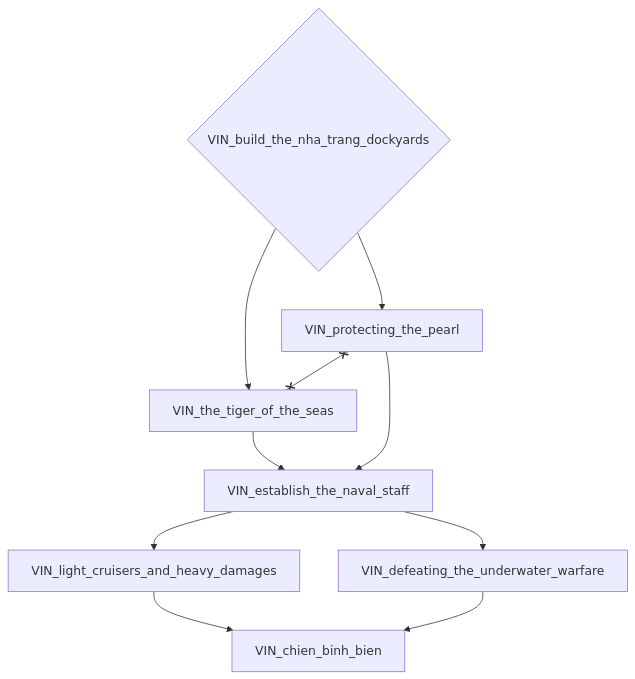
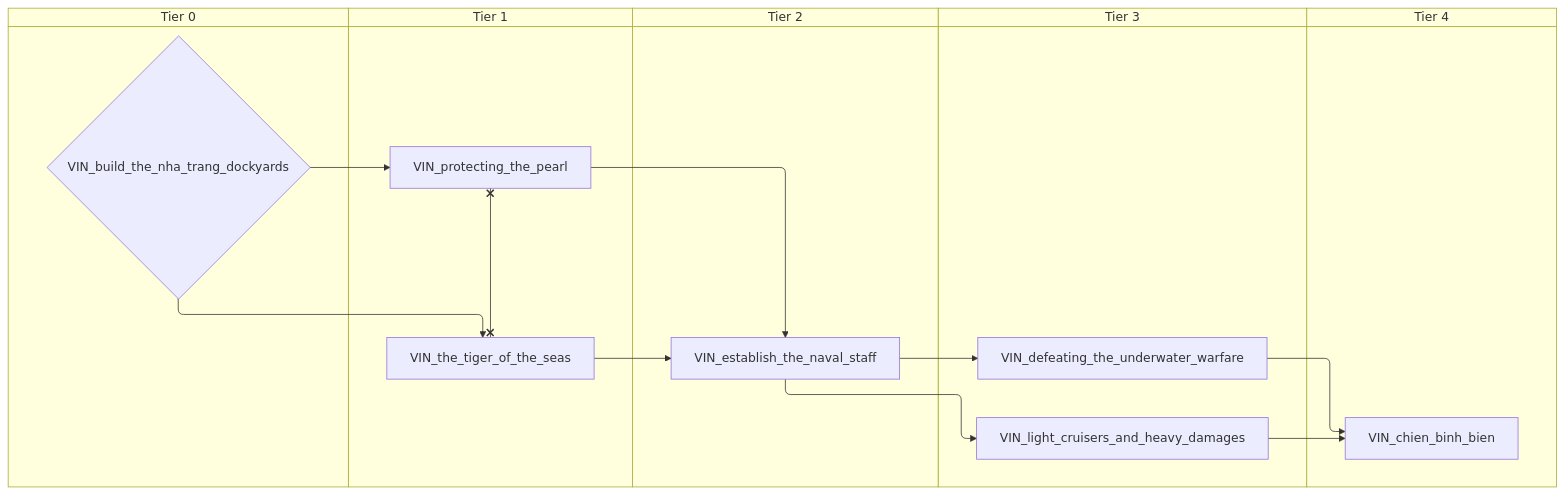
Before and after one commit to evgeny-sobol/hoi4-sandbox-mode-r56: the first of 8 diagrams in docs/gdd/National Focuses/Vietnam.md, drawn with Mermaid. The commit also changed other lines of this file and 423 other files, not shown here.

First line of the commit message:
Re-export Rt56 focus trees as swimlane diagrams

````diff
--- a/docs/gdd/National Focuses/Vietnam.md
+++ b/docs/gdd/National Focuses/Vietnam.md
@@ -3,19 +3,29 @@
 ```mermaid
-flowchart TD
-    n1{"VIN_build_the_nha_trang_dockyards"}
-    n2["VIN_chien_binh_bien"]
-    n3["VIN_defeating_the_underwater_warfare"]
-    n4["VIN_establish_the_naval_staff"]
-    n5["VIN_light_cruisers_and_heavy_damages"]
-    n6["VIN_protecting_the_pearl"]
-    n7["VIN_the_tiger_of_the_seas"]
-    n5 --> n2
-    n3 --> n2
-    n4 --> n3
-    n7 --> n4
-    n6 --> n4
+swimlane-beta TD
+    subgraph tier_0["Tier 0"]
+        n1{"VIN_build_the_nha_trang_dockyards"}
+    end
+    subgraph tier_1["Tier 1"]
+        n2["VIN_protecting_the_pearl"]
+        n3["VIN_the_tiger_of_the_seas"]
+    end
+    subgraph tier_2["Tier 2"]
+        n4["VIN_establish_the_naval_staff"]
+    end
+    subgraph tier_3["Tier 3"]
+        n5["VIN_defeating_the_underwater_warfare"]
+        n6["VIN_light_cruisers_and_heavy_damages"]
+    end
+    subgraph tier_4["Tier 4"]
+        n7["VIN_chien_binh_bien"]
+    end
+    n6 --> n7
+    n5 --> n7
     n4 --> n5
-    n1 --> n6
-    n1 --> n7
-    n6 x--x n7
+    n3 --> n4
+    n2 --> n4
+    n4 --> n6
+    n1 --> n2
+    n1 --> n3
+    n2 x--x n3
 ```
````
